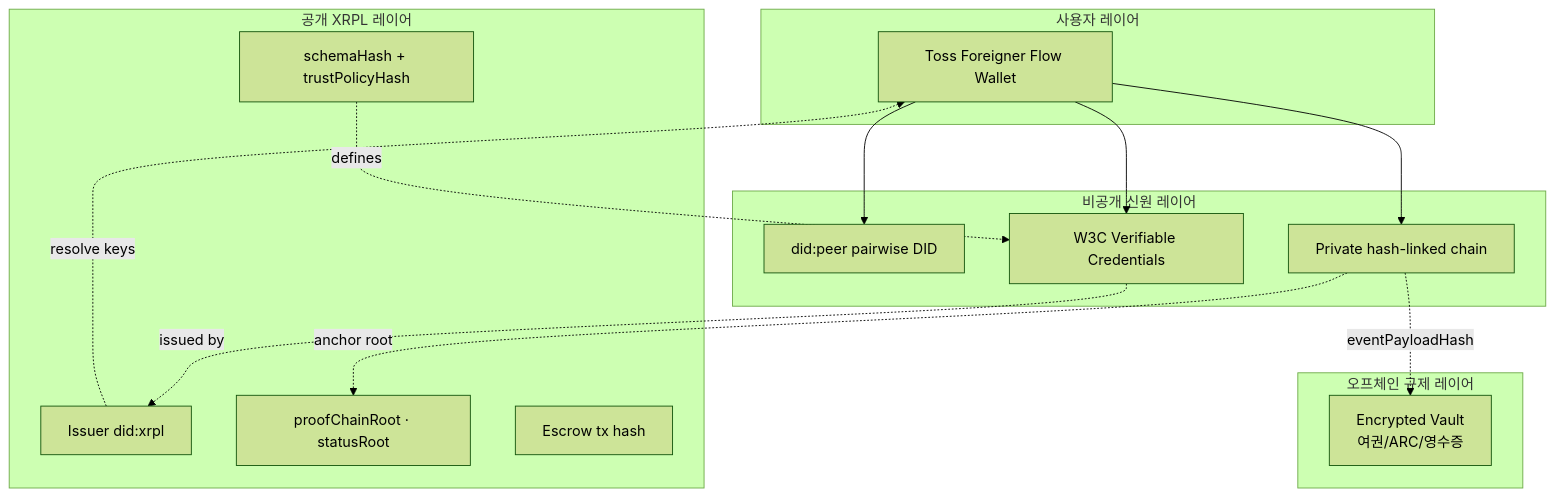
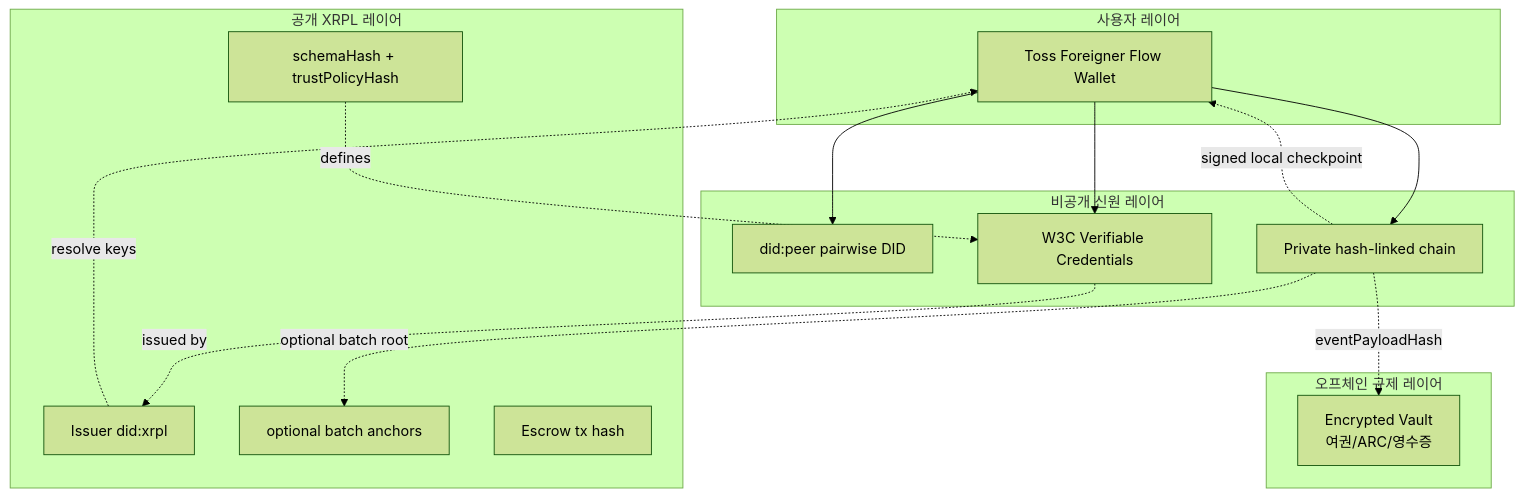
One commit to ChainDrifters/XRPL_hackathon changed the diagram in docs/plan/architecture.md. Above: the diagram before and after it, drawn with Mermaid (forest theme). The commit also changed other lines of this file and 7 other files, not shown here.

Commit message:
whole state hashing and statusRoot/proofChainRoot moved to wallet

````diff
--- a/docs/plan/architecture.md
+++ b/docs/plan/architecture.md
@@ -10,29 +10,30 @@
 ```mermaid
 flowchart TB
     subgraph A["사용자 레이어"]
         WALLET["Toss Foreigner Flow Wallet"]
     end
     subgraph B["비공개 신원 레이어"]
         PEER["did:peer pairwise DID"]
         VC["W3C Verifiable Credentials"]
         CHAIN["Private hash-linked chain"]
     end
     subgraph C["공개 XRPL 레이어"]
         IDID["Issuer did:xrpl"]
         SCHEMA["schemaHash + trustPolicyHash"]
-        ROOT["proofChainRoot · statusRoot"]
+        ROOT["optional batch anchors"]
         ESC["Escrow tx hash"]
     end
     subgraph D["오프체인 규제 레이어"]
         VAULT["Encrypted Vault<br/>여권/ARC/영수증"]
     end
 
     WALLET --> PEER
     WALLET --> VC
     WALLET --> CHAIN
     VC -. issued by .-> IDID
-    CHAIN -. anchor root .-> ROOT
+    CHAIN -. signed local checkpoint .-> WALLET
+    CHAIN -. optional batch root .-> ROOT
     CHAIN -. eventPayloadHash .-> VAULT
     SCHEMA -. defines .-> VC
     IDID -. resolve keys .-> WALLET
 ```
````
